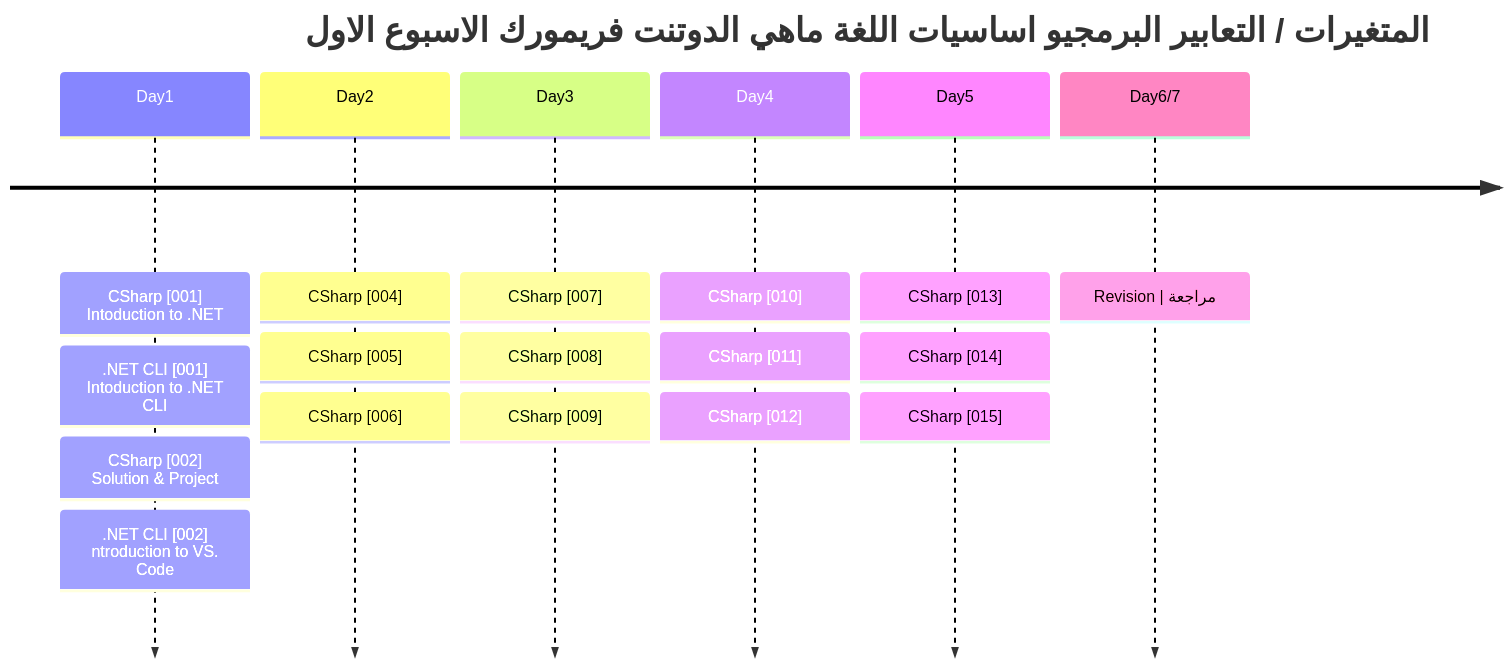
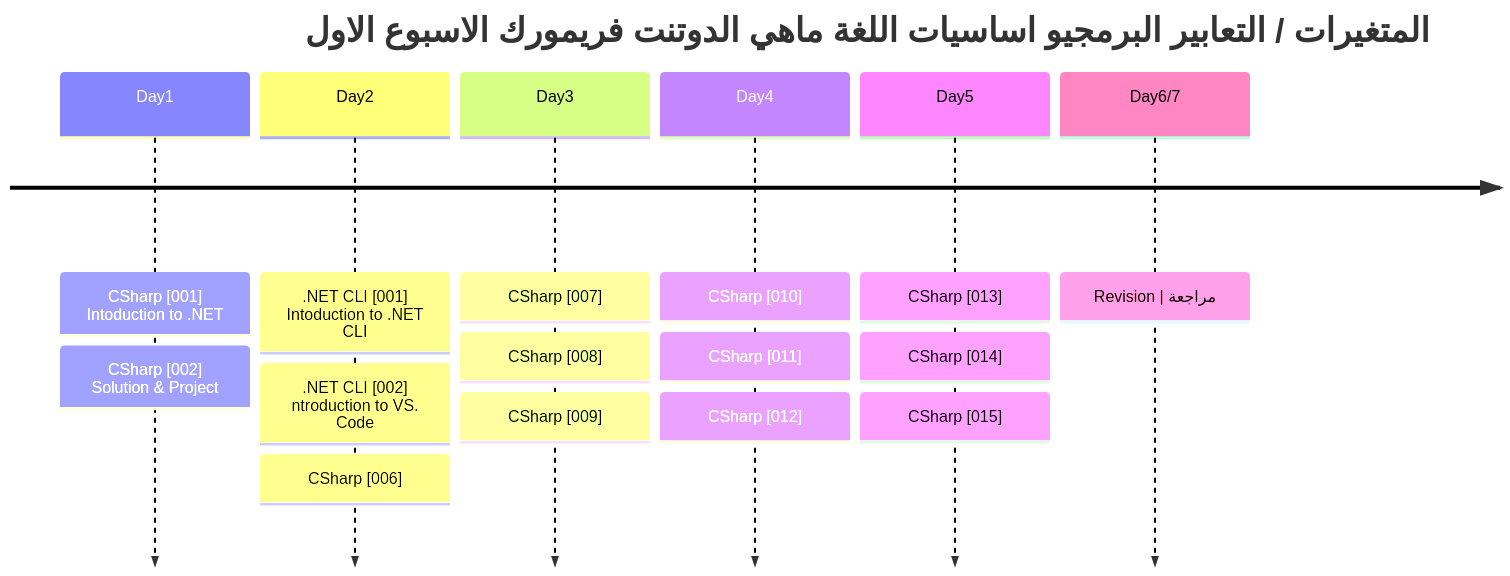
Before and after one commit to metigator/Roadmap: the first of 3 diagrams in README.md, drawn with Mermaid.

````diff
--- a/README.md
+++ b/README.md
@@ -1,22 +1,19 @@
 ```mermaid
 timeline
     title  المتغيرات / التعابير البرمجيو اساسيات اللغة ماهي الدوتنت فريمورك  الاسبوع الاول 
     Day1 : CSharp [001] Intoduction to .NET
-         : .NET CLI [001] Intoduction to .NET CLI
          : CSharp [002] Solution & Project
+    Day2 : .NET CLI [001] Intoduction to .NET CLI
          : .NET CLI [002] ntroduction to VS. Code
- 
-    Day2 : CSharp [004]
-         : CSharp [005] 
          : CSharp [006] 
     Day3 : CSharp [007]
          : CSharp [008]
          : CSharp [009] 
     Day4 : CSharp [010]
          : CSharp [011]
          : CSharp [012] 
     Day5 : CSharp [013]
          : CSharp [014]
          : CSharp [015] 
   Day6/7 : Revision | مراجعة 
 ```
````
